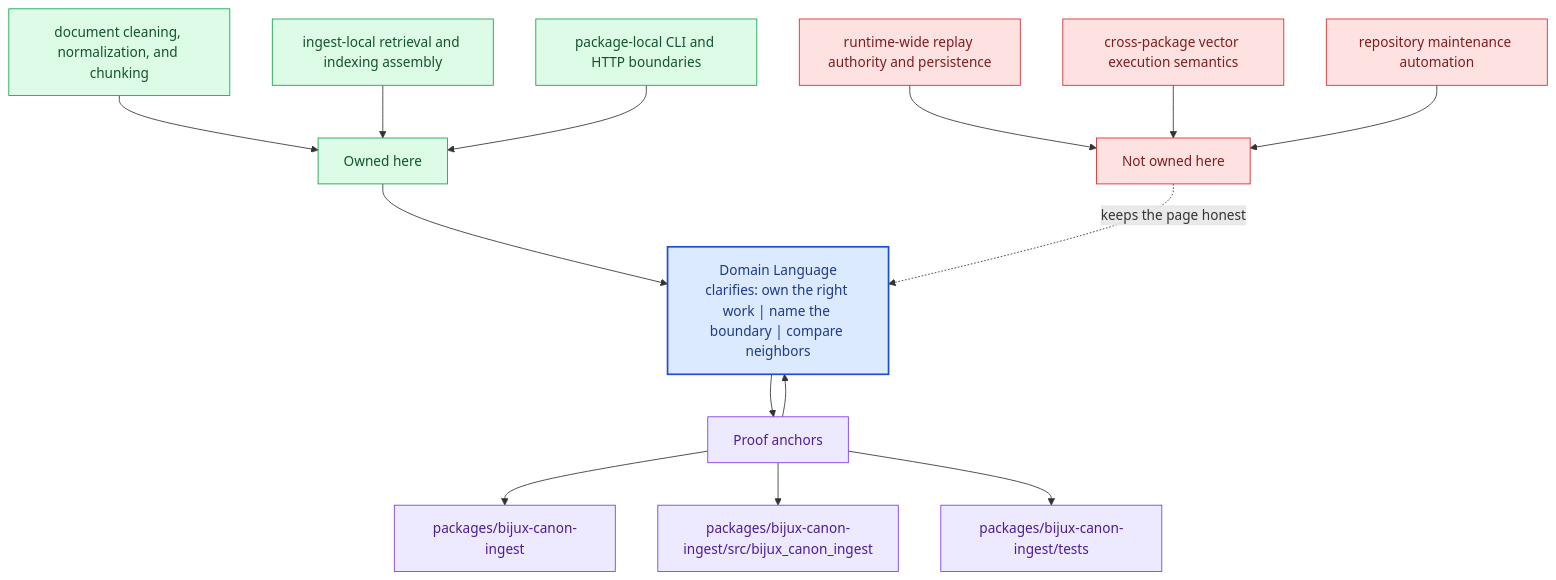
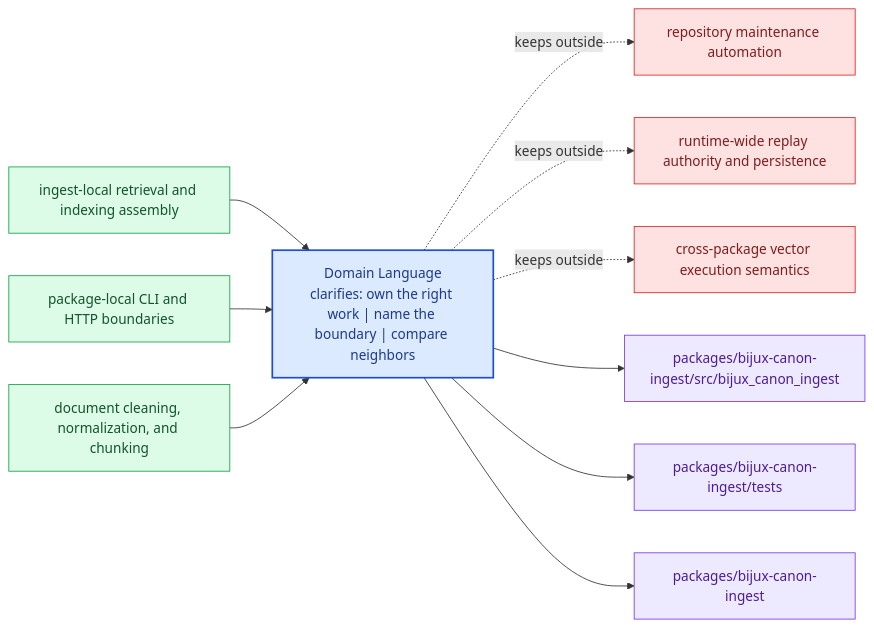
The diagram in docs/bijux-canon-ingest/foundation/domain-language.md (bijux/bijux-canon), drawn with Mermaid before and after one commit. The commit also changed other lines of this file and 281 other files, not shown here.

Commit message:
docs(diagrams): replace repeated mermaid scaffolds with page-specific summaries

````diff
--- a/docs/bijux-canon-ingest/foundation/domain-language.md
+++ b/docs/bijux-canon-ingest/foundation/domain-language.md
@@ -68,40 +23,31 @@
 ```mermaid
-flowchart TB
-    promise["Domain Language<br/>clarifies: own the right work | name the boundary | compare neighbors"]
-    classDef promise fill:#dbeafe,stroke:#1d4ed8,color:#1e3a8a,stroke-width:2px;
-    classDef driver fill:#dcfce7,stroke:#16a34a,color:#14532d;
-    classDef constraint fill:#fee2e2,stroke:#dc2626,color:#7f1d1d;
-    classDef ground fill:#ede9fe,stroke:#7c3aed,color:#4c1d95;
-    focus1["Owned here"]
-    focus1 --> promise
-    focus1_1["document cleaning, normalization, and chunking"]
-    focus1_1 --> focus1
-    focus1_2["ingest-local retrieval and indexing assembly"]
-    focus1_2 --> focus1
-    focus1_3["package-local CLI and HTTP boundaries"]
-    focus1_3 --> focus1
-    class focus1 driver;
-    class focus1_1,focus1_2,focus1_3 driver;
-    focus2["Not owned here"]
-    focus2 -.keeps the page honest.-> promise
-    focus2_1["runtime-wide replay authority and persistence"]
-    focus2_1 --> focus2
-    focus2_2["cross-package vector execution semantics"]
-    focus2_2 --> focus2
-    focus2_3["repository maintenance automation"]
-    focus2_3 --> focus2
-    class focus2 constraint;
-    class focus2_1,focus2_2,focus2_3 constraint;
-    focus3["Proof anchors"]
-    focus3 --> promise
-    promise --> focus3
-    focus3_1["packages/bijux-canon-ingest"]
-    focus3 --> focus3_1
-    focus3_2["packages/bijux-canon-ingest/src/bijux_canon_ingest"]
-    focus3 --> focus3_2
-    focus3_3["packages/bijux-canon-ingest/tests"]
-    focus3 --> focus3_3
-    class focus3 ground;
-    class focus3_1,focus3_2,focus3_3 ground;
-    class promise promise;
+flowchart LR
+    page["Domain Language<br/>clarifies: own the right work | name the boundary | compare neighbors"]
+    classDef page fill:#dbeafe,stroke:#1d4ed8,color:#1e3a8a,stroke-width:2px;
+    classDef positive fill:#dcfce7,stroke:#16a34a,color:#14532d;
+    classDef caution fill:#fee2e2,stroke:#dc2626,color:#7f1d1d;
+    classDef anchor fill:#ede9fe,stroke:#7c3aed,color:#4c1d95;
+    classDef action fill:#fef3c7,stroke:#d97706,color:#7c2d12;
+    own1["ingest-local retrieval and indexing assembly"]
+    own1 --> page
+    own2["package-local CLI and HTTP boundaries"]
+    own2 --> page
+    own3["document cleaning, normalization, and chunking"]
+    own3 --> page
+    limit1["repository maintenance automation"]
+    page -.keeps outside.-> limit1
+    limit2["runtime-wide replay authority and persistence"]
+    page -.keeps outside.-> limit2
+    limit3["cross-package vector execution semantics"]
+    page -.keeps outside.-> limit3
+    anchor1["packages/bijux-canon-ingest/src/bijux_canon_ingest"]
+    page --> anchor1
+    anchor2["packages/bijux-canon-ingest/tests"]
+    page --> anchor2
+    anchor3["packages/bijux-canon-ingest"]
+    page --> anchor3
+    class page page;
+    class own1,own2,own3 positive;
+    class limit1,limit2,limit3 caution;
+    class anchor1,anchor2,anchor3 anchor;
 ```
````
